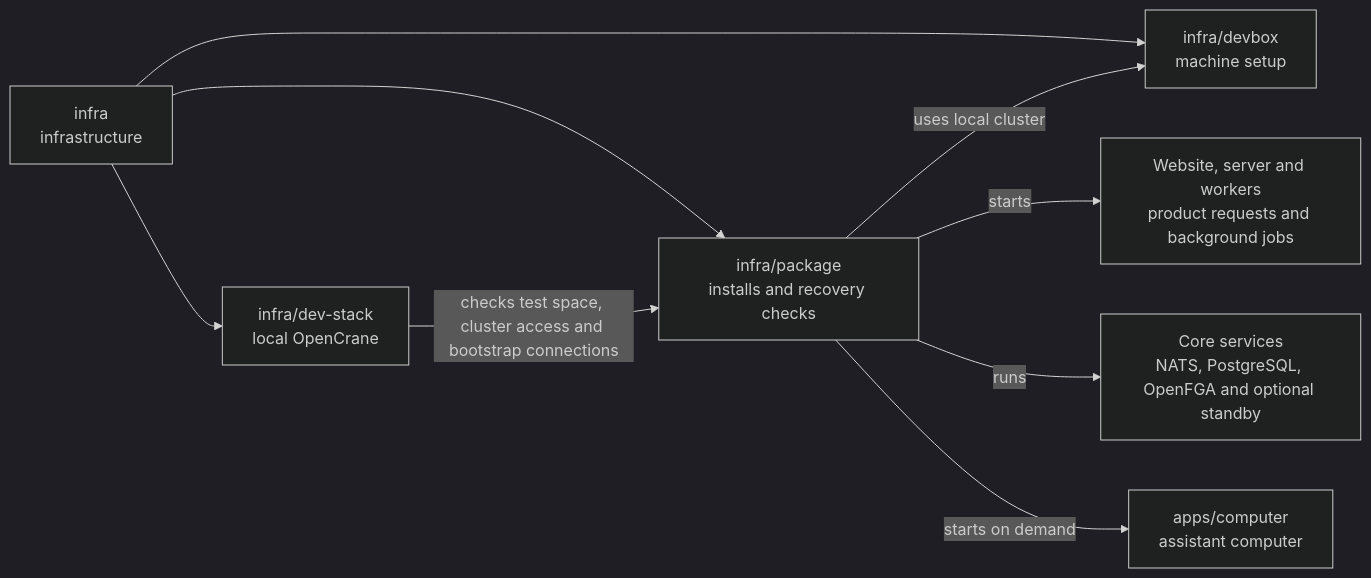
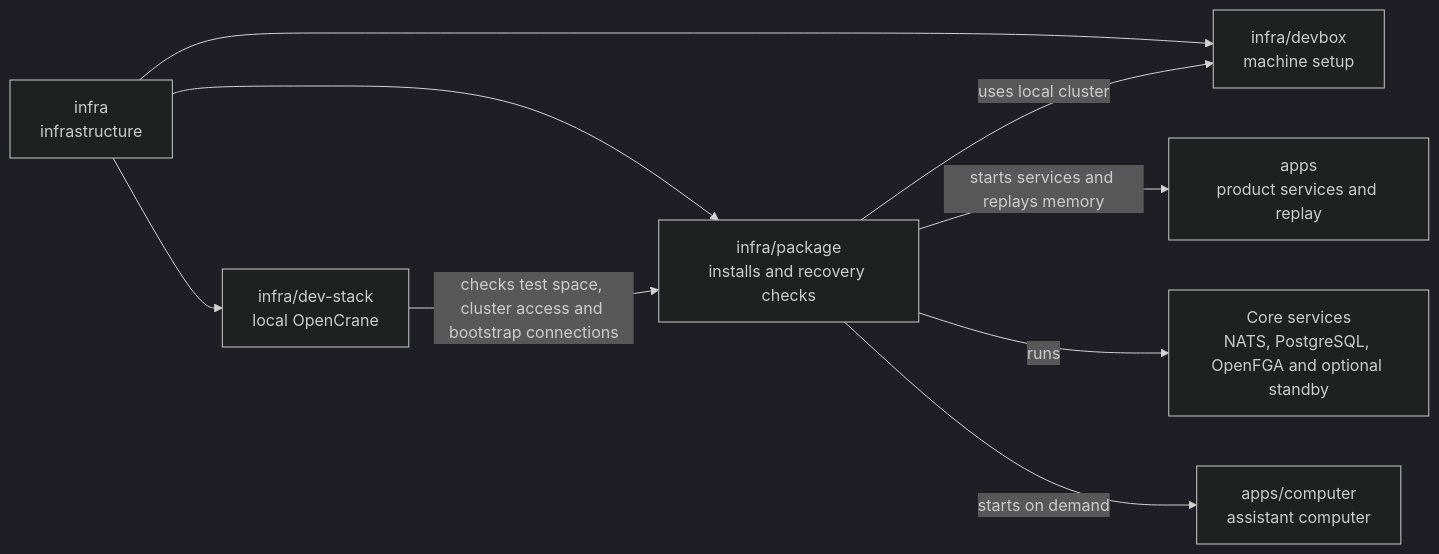
Before and after one commit to elewa-git/opencrane-new: the diagram in infra/package/README.md, drawn with Mermaid (dark theme). The commit also changed other lines of this file and 9 other files, not shown here.

Commit message:
🧠 Refuse stale memory custody before restored replay

````diff
--- a/infra/package/README.md
+++ b/infra/package/README.md
@@ -19,11 +19,11 @@
 ```mermaid
 flowchart LR
   infra["infra<br/>infrastructure"] --> package["infra/package<br/>installs and recovery checks"]
   infra --> stack["infra/dev-stack<br/>local OpenCrane"]
   infra --> devbox["infra/devbox<br/>machine setup"]
   stack -->|checks test space, cluster access and bootstrap connections| package
   package -->|uses local cluster| devbox
-  package -->|starts| apps["Website, server and workers<br/>product requests and background jobs"]
+  package -->|starts services and replays memory| apps["apps<br/>product services and replay"]
   package -->|runs| services["Core services<br/>NATS, PostgreSQL, OpenFGA and optional standby"]
   package -->|starts on demand| computer["apps/computer<br/>assistant computer"]
 ```
````
